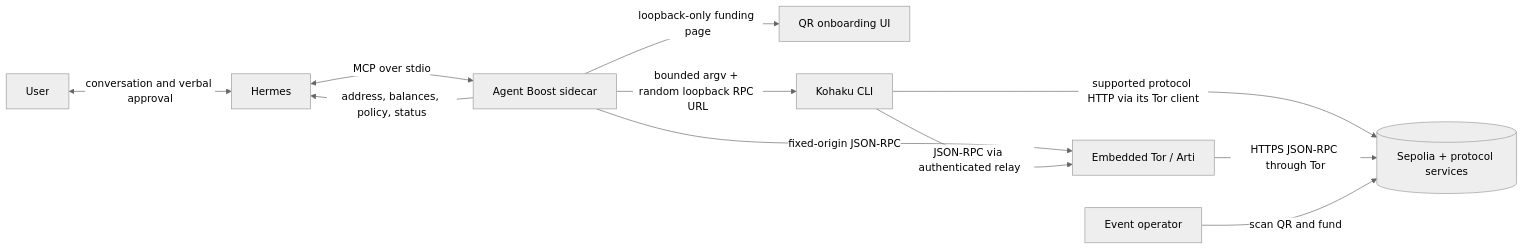
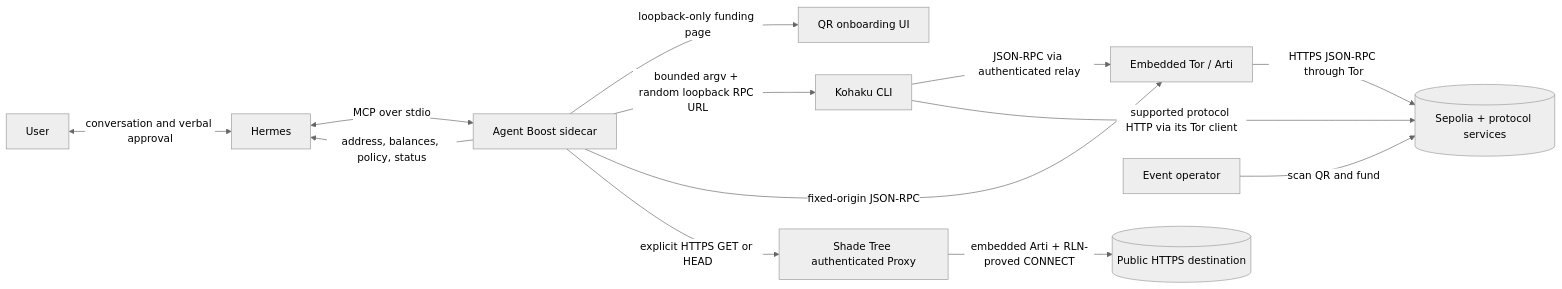
Before and after one commit to dmarzzz/agent-boost: the diagram in README.md, drawn with Mermaid (neutral theme). The commit also changed other lines of this file and 36 other files, not shown here.

````diff
--- a/README.md
+++ b/README.md
@@ -274,13 +329,15 @@
 ```mermaid
 flowchart LR
     U[User] <-->|conversation and verbal approval| H[Hermes]
     H <-->|MCP over stdio| A[Agent Boost sidecar]
     A -->|loopback-only funding page| UI[QR onboarding UI]
     A -->|bounded argv + random loopback RPC URL| K[Kohaku CLI]
     A -->|fixed-origin JSON-RPC| T[Embedded Tor / Arti]
     K -->|JSON-RPC via authenticated relay| T
     K -->|supported protocol HTTP via its Tor client| E[(Sepolia + protocol services)]
     T -->|HTTPS JSON-RPC through Tor| E
+    A -->|explicit HTTPS GET or HEAD| S[Shade Tree authenticated Proxy]
+    S -->|embedded Arti + RLN-proved CONNECT| W[(Public HTTPS destination)]
     O[Event operator] -->|scan QR and fund| E
     A -->|address, balances, policy, status| H
 ```
````
